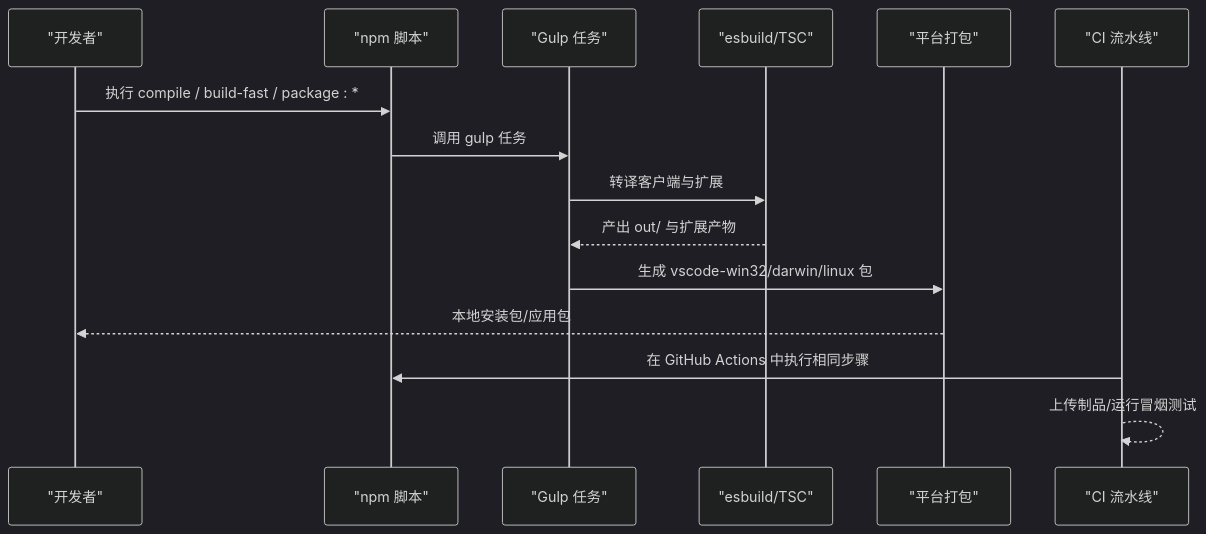
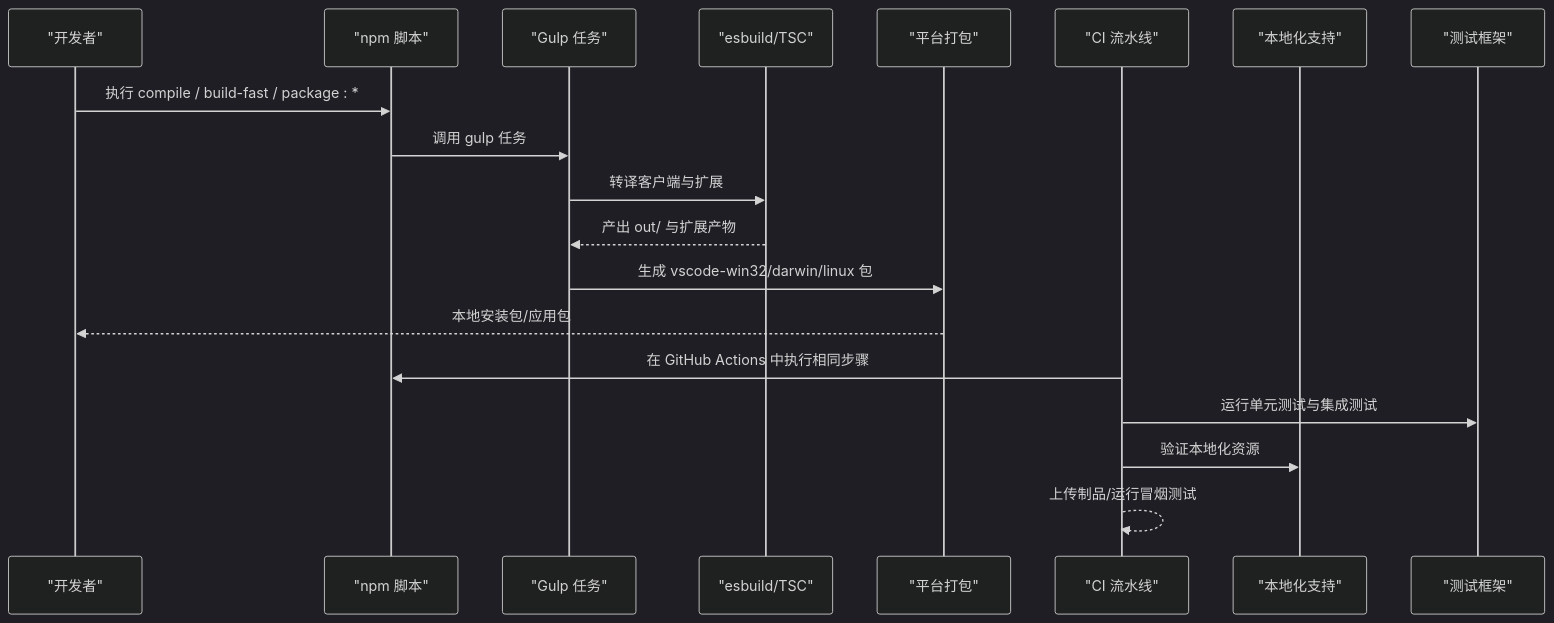
One commit to sofate798/KodrixCode changed the second of 9 diagrams in .qoder/repowiki/zh/content/构建与部署/构建与部署.md. Above: the diagram before and after it, drawn with Mermaid (dark theme). The commit also changed other lines of this file and 84 other files, not shown here.

````diff
--- a/.qoder/repowiki/zh/content/构建与部署/构建与部署.md
+++ b/.qoder/repowiki/zh/content/构建与部署/构建与部署.md
@@ -85,17 +105,21 @@
 ```mermaid
 sequenceDiagram
 participant Dev as "开发者"
 participant NPM as "npm 脚本"
 participant Gulp as "Gulp 任务"
 participant ES as "esbuild/TSC"
 participant Pack as "平台打包"
 participant CI as "CI 流水线"
+participant L10n as "本地化支持"
+participant Test as "测试框架"
 Dev->>NPM : 执行 compile / build-fast / package : *
 NPM->>Gulp : 调用 gulp 任务
 Gulp->>ES : 转译客户端与扩展
 ES-->>Gulp : 产出 out/ 与扩展产物
 Gulp->>Pack : 生成 vscode-win32/darwin/linux 包
 Pack-->>Dev : 本地安装包/应用包
 CI->>NPM : 在 GitHub Actions 中执行相同步骤
+CI->>Test : 运行单元测试与集成测试
+CI->>L10n : 验证本地化资源
 CI-->>CI : 上传制品/运行冒烟测试
 ```
````
